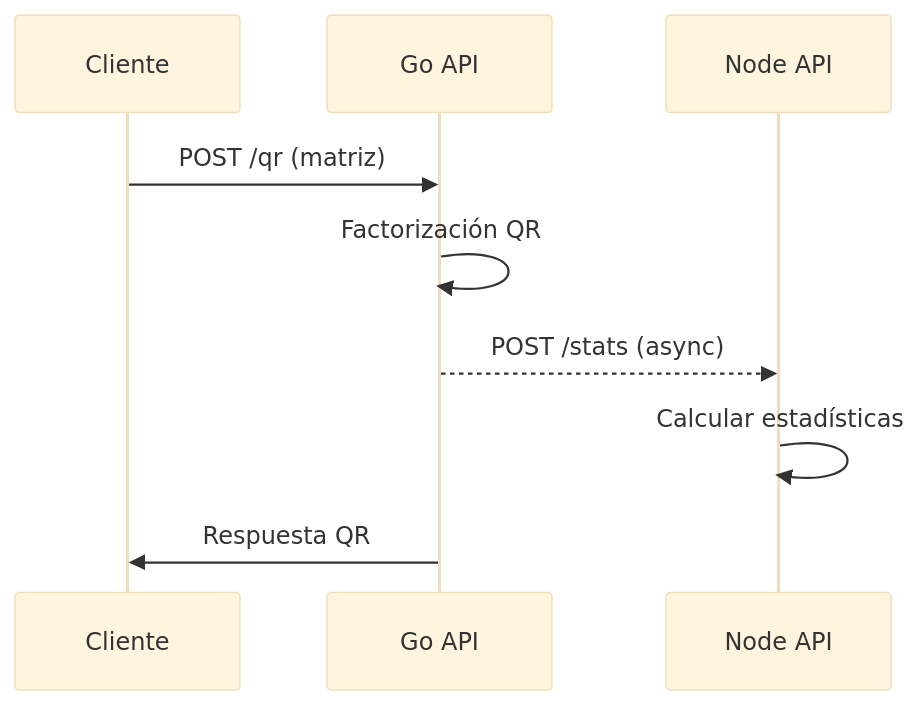
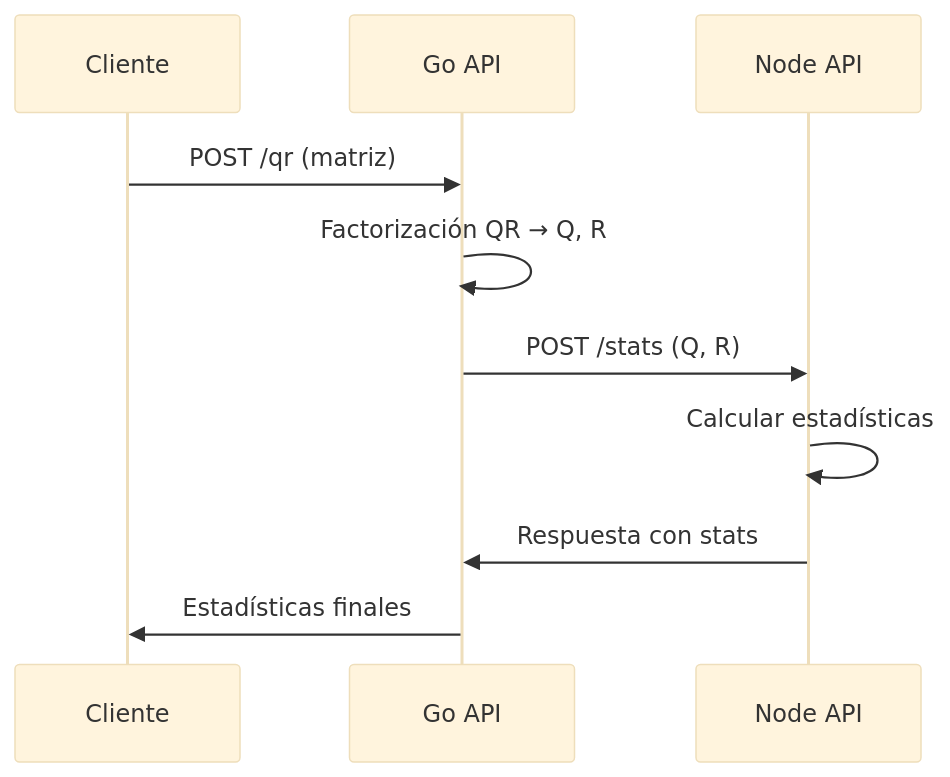
Before and after one commit to AlvaroP1504/coding-challenge: the diagram in README.md, drawn with Mermaid (base theme). The commit also changed other lines of this file, not shown here.

Commit message:
refactor: actualización del README.md con detalles sobre la arquitectura, endpoints y ejemplos de uso de las APIs Go y Node

````diff
--- a/README.md
+++ b/README.md
@@ -238,12 +220,13 @@
 ```mermaid
 sequenceDiagram
     participant C as Cliente
     participant G as Go API
     participant N as Node API
     
     C->>G: POST /qr (matriz)
-    G->>G: Factorización QR
-    G-->>N: POST /stats (async)
+    G->>G: Factorización QR → Q, R
+    G->>N: POST /stats (Q, R)
     N->>N: Calcular estadísticas
-    G->>C: Respuesta QR
+    N->>G: Respuesta con stats
+    G->>C: Estadísticas finales
 ```
````
